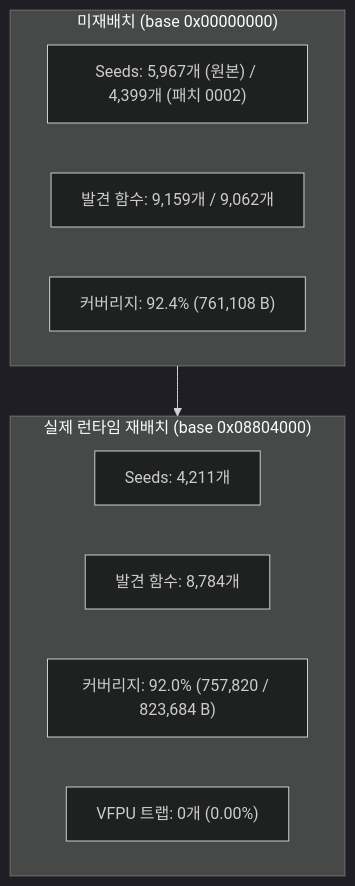
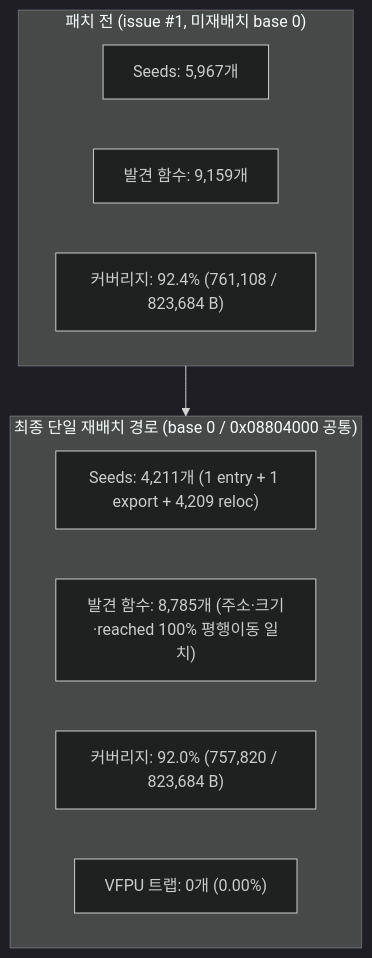
Before and after one commit to reexec/reDMP1: the third of 4 diagrams in docs/analysis/executable.md, drawn with Mermaid (dark theme). The commit also changed other lines of this file and 5 other files, not shown here.

````diff
--- a/docs/analysis/executable.md
+++ b/docs/analysis/executable.md
@@ -117,15 +117,15 @@
 ```mermaid
 flowchart TD
-    subgraph Base0["미재배치 (base 0x00000000)"]
-        S0["Seeds: 5,967개 (원본) / 4,399개 (패치 0002)"]
-        F0["발견 함수: 9,159개 / 9,062개"]
-        C0["커버리지: 92.4% (761,108 B)"]
+    subgraph Issue1["패치 전 (issue #1, 미재배치 base 0)"]
+        S0["Seeds: 5,967개"]
+        F0["발견 함수: 9,159개"]
+        C0["커버리지: 92.4% (761,108 / 823,684 B)"]
     end
-    subgraph BaseReloc["실제 런타임 재배치 (base 0x08804000)"]
-        S1["Seeds: 4,211개"]
-        F1["발견 함수: 8,784개"]
+    subgraph Final["최종 단일 재배치 경로 (base 0 / 0x08804000 공통)"]
+        S1["Seeds: 4,211개 (1 entry + 1 export + 4,209 reloc)"]
+        F1["발견 함수: 8,785개 (주소·크기·reached 100% 평행이동 일치)"]
         C1["커버리지: 92.0% (757,820 / 823,684 B)"]
         VFPU["VFPU 트랩: 0개 (0.00%)"]
     end
-    Base0 --> BaseReloc
+    Issue1 --> Final
 ```
````
